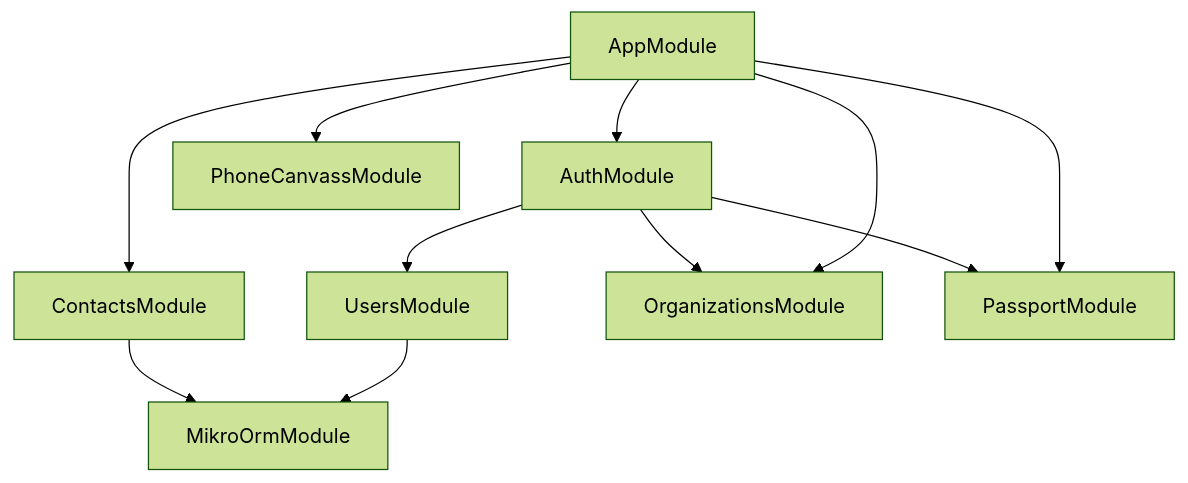
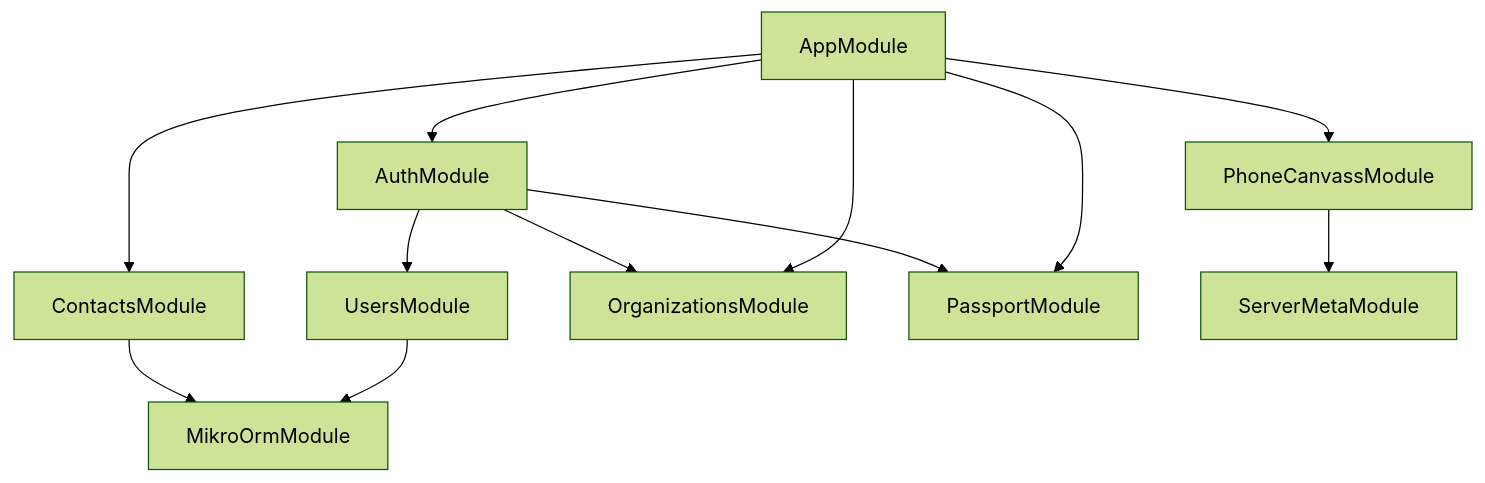
One commit to gpo/grassroots changed the diagram in docs/DependencyGraph.md. Above: the diagram before and after it, drawn with Mermaid (forest theme). The commit also changed 38 other files, not shown here.

````diff
--- a/docs/DependencyGraph.md
+++ b/docs/DependencyGraph.md
@@ -1,13 +1,14 @@
 ```mermaid
 graph TD
   AppModule-->ContactsModule
 ContactsModule-->MikroOrmModule
 AppModule-->AuthModule
 AuthModule-->UsersModule
 UsersModule-->MikroOrmModule
 AuthModule-->OrganizationsModule
 AuthModule-->PassportModule
 AppModule-->PassportModule
 AppModule-->OrganizationsModule
 AppModule-->PhoneCanvassModule
+PhoneCanvassModule-->ServerMetaModule
 ```
````
